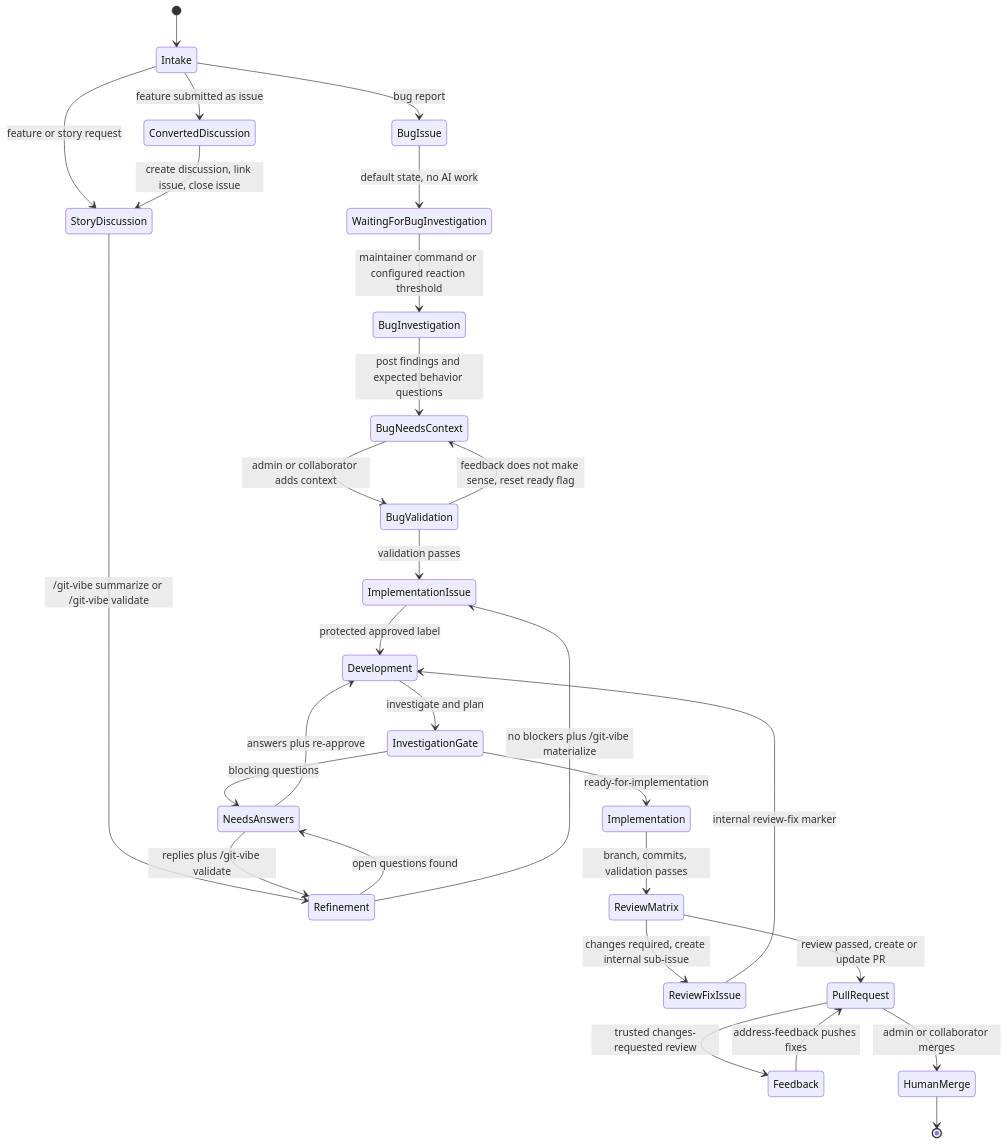
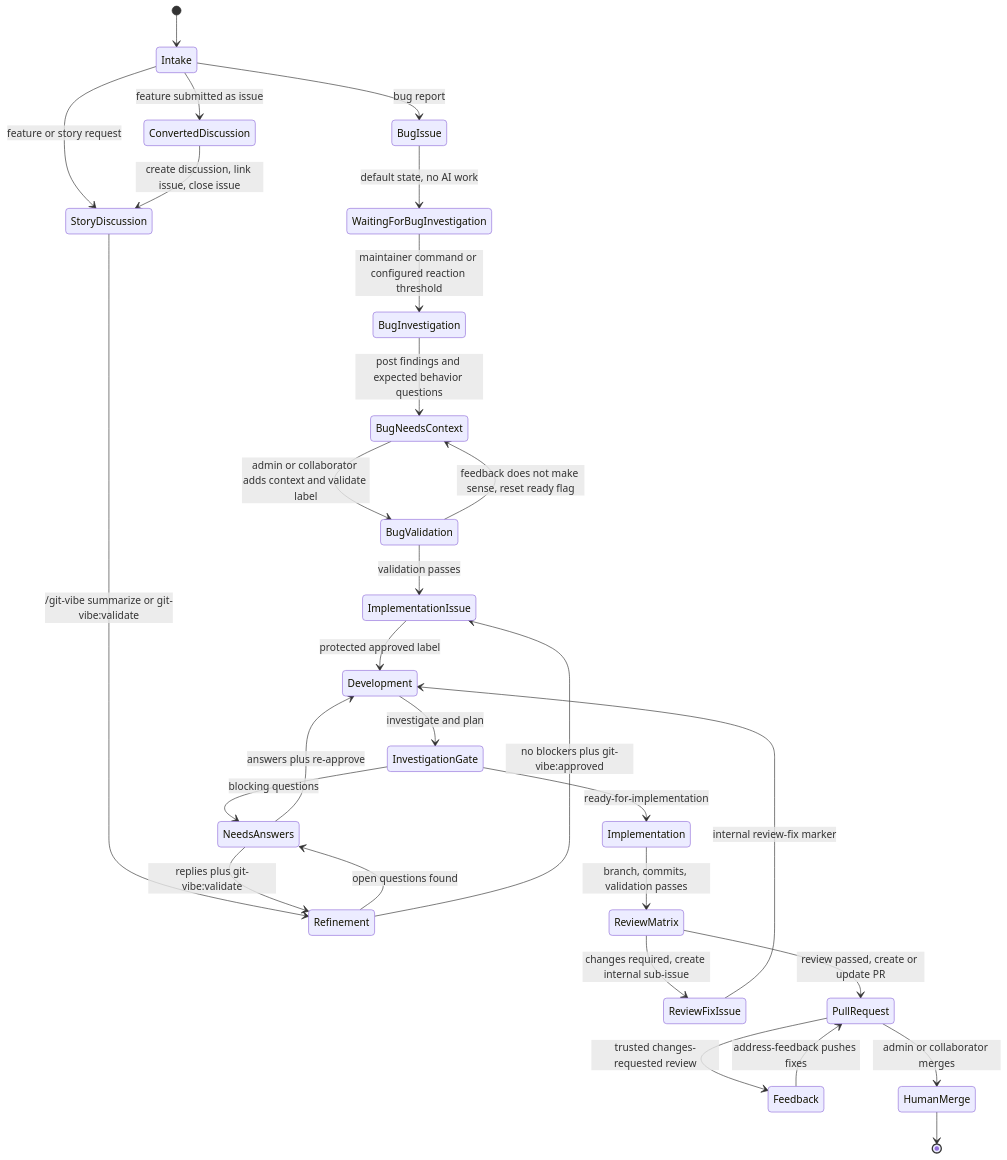
Before and after one commit to markhuangai/git-vibe: the first of 5 diagrams in docs/WORKFLOW.md, drawn with Mermaid. The commit also changed other lines of this file and 19 other files, not shown here.

Commit message:
feat: trigger GitVibe workflows from labels

````diff
--- a/docs/WORKFLOW.md
+++ b/docs/WORKFLOW.md
@@ -5,38 +5,38 @@
 ```mermaid
 stateDiagram-v2
   [*] --> Intake
 
   Intake --> BugIssue: bug report
   Intake --> StoryDiscussion: feature or story request
 
   Intake --> ConvertedDiscussion: feature submitted as issue
   ConvertedDiscussion --> StoryDiscussion: create discussion, link issue, close issue
 
-  StoryDiscussion --> Refinement: /git-vibe summarize or /git-vibe validate
+  StoryDiscussion --> Refinement: /git-vibe summarize or git-vibe:validate
   Refinement --> NeedsAnswers: open questions found
-  NeedsAnswers --> Refinement: replies plus /git-vibe validate
-  Refinement --> ImplementationIssue: no blockers plus /git-vibe materialize
+  NeedsAnswers --> Refinement: replies plus git-vibe:validate
+  Refinement --> ImplementationIssue: no blockers plus git-vibe:approved
 
   BugIssue --> WaitingForBugInvestigation: default state, no AI work
   WaitingForBugInvestigation --> BugInvestigation: maintainer command or configured reaction threshold
   BugInvestigation --> BugNeedsContext: post findings and expected behavior questions
-  BugNeedsContext --> BugValidation: admin or collaborator adds context
+  BugNeedsContext --> BugValidation: admin or collaborator adds context and validate label
   BugValidation --> BugNeedsContext: feedback does not make sense, reset ready flag
   BugValidation --> ImplementationIssue: validation passes
 
   ImplementationIssue --> Development: protected approved label
   ReviewFixIssue --> Development: internal review-fix marker
 
   Development --> InvestigationGate: investigate and plan
   InvestigationGate --> NeedsAnswers: blocking questions
   NeedsAnswers --> Development: answers plus re-approve
   InvestigationGate --> Implementation: ready-for-implementation
   Implementation --> ReviewMatrix: branch, commits, validation passes
   ReviewMatrix --> ReviewFixIssue: changes required, create internal sub-issue
   ReviewMatrix --> PullRequest: review passed, create or update PR
   PullRequest --> Feedback: trusted changes-requested review
   Feedback --> PullRequest: address-feedback pushes fixes
   PullRequest --> HumanMerge: admin or collaborator merges
 
   HumanMerge --> [*]
 ```
````
